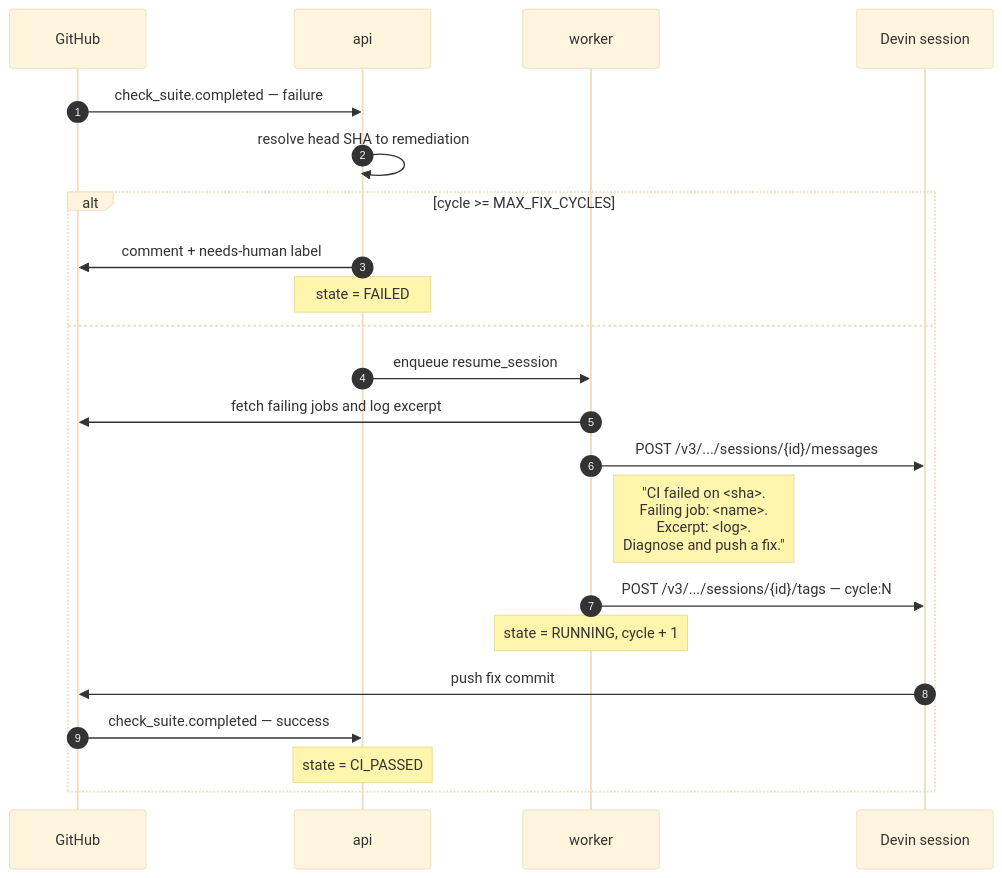
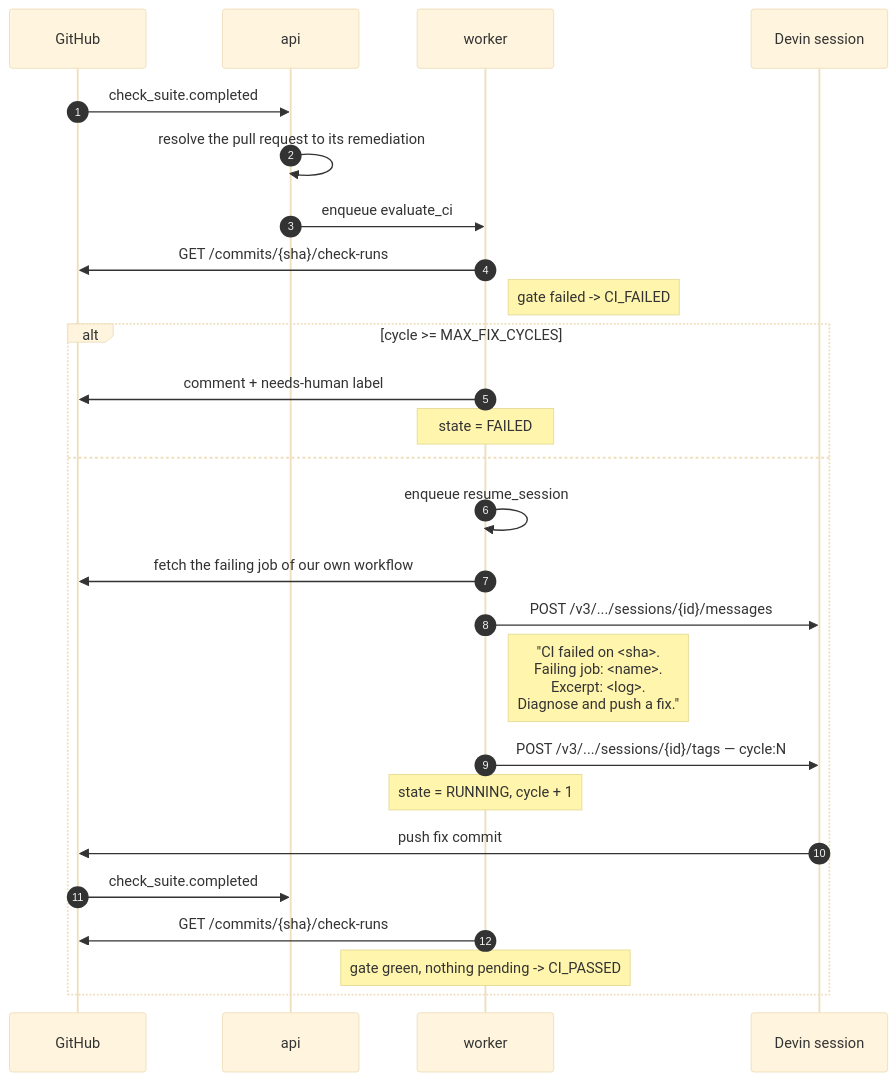
One commit to taxpon/sentinel changed the second of 2 diagrams in docs/04-state-machine.md. Above: the diagram before and after it, drawn with Mermaid (base theme). The commit also changed other lines of this file and 29 other files, not shown here.

First line of the commit message:
Read CI green from the head SHA's check runs, and record a merge from any state (#105)

````diff
--- a/docs/04-state-machine.md
+++ b/docs/04-state-machine.md
@@ -109,25 +163,29 @@
 ```mermaid
 sequenceDiagram
     autonumber
     participant GH as GitHub
     participant API as api
     participant W as worker
     participant D as Devin session
 
-    GH->>API: check_suite.completed — failure
-    API->>API: resolve head SHA to remediation
+    GH->>API: check_suite.completed
+    API->>API: resolve the pull request to its remediation
+    API->>W: enqueue evaluate_ci
+    W->>GH: GET /commits/{sha}/check-runs
+    Note right of W: gate failed -> CI_FAILED
     alt cycle >= MAX_FIX_CYCLES
-        API->>GH: comment + needs-human label
-        Note over API: state = FAILED
+        W->>GH: comment + needs-human label
+        Note over W: state = FAILED
     else
-        API->>W: enqueue resume_session
-        W->>GH: fetch failing jobs and log excerpt
+        W->>W: enqueue resume_session
+        W->>GH: fetch the failing job of our own workflow
         W->>D: POST /v3/.../sessions/{id}/messages
         Note right of W: "CI failed on <sha>.<br/>Failing job: <name>.<br/>Excerpt: <log>.<br/>Diagnose and push a fix."
         W->>D: POST /v3/.../sessions/{id}/tags — cycle:N
         Note over W: state = RUNNING, cycle + 1
         D->>GH: push fix commit
-        GH->>API: check_suite.completed — success
-        Note over API: state = CI_PASSED
+        GH->>API: check_suite.completed
+        W->>GH: GET /commits/{sha}/check-runs
+        Note over W: gate green, nothing pending -> CI_PASSED
     end
 ```
````
